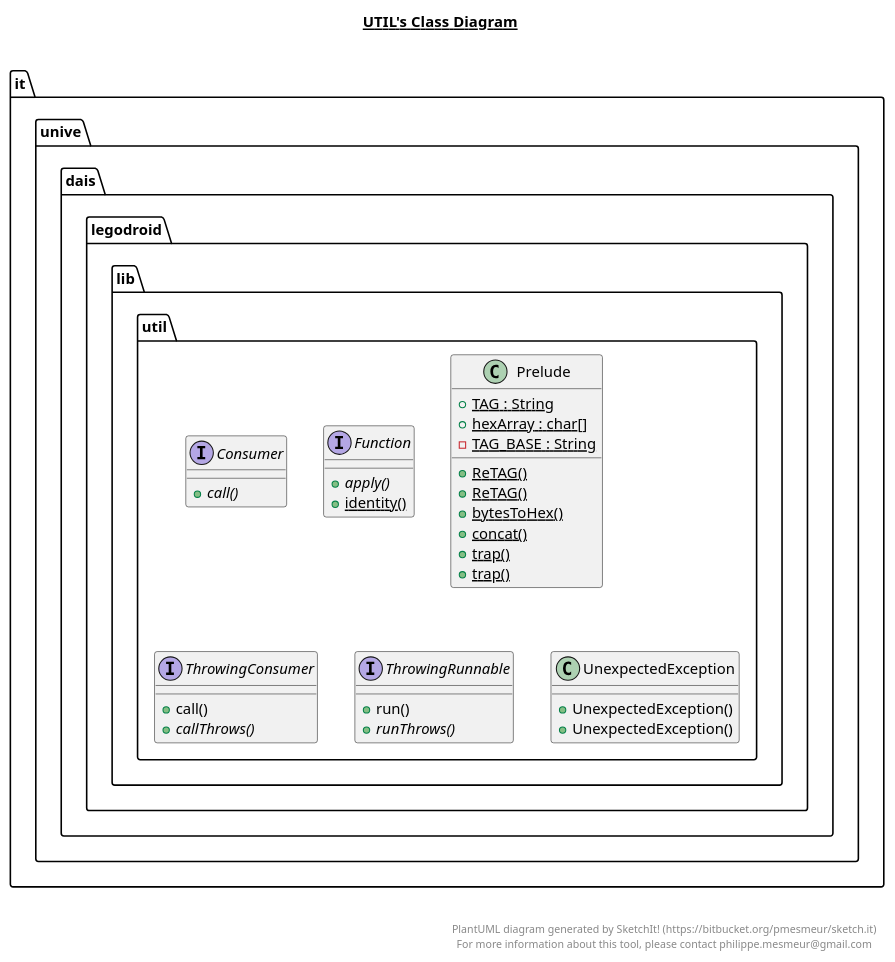
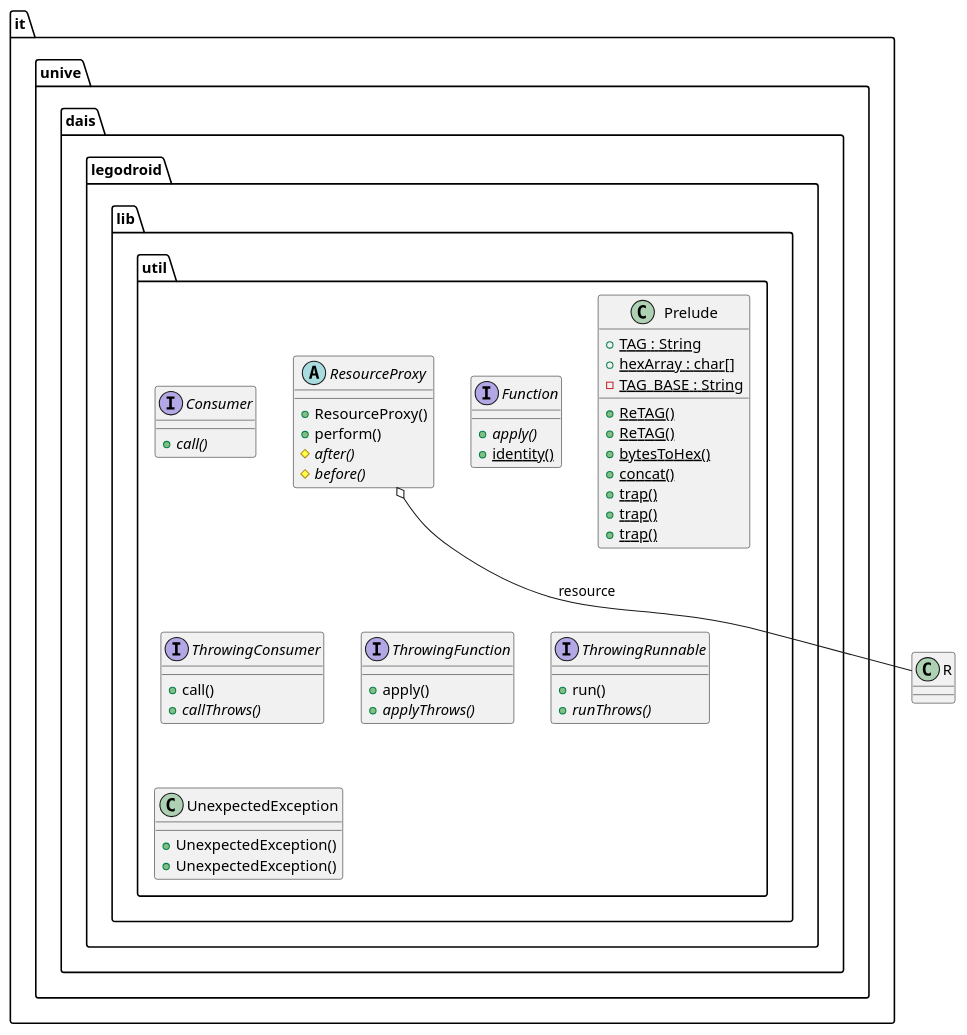
One commit to alvisespano/Legodroid changed the diagram in lib/src/main/java/it/unive/dais/legodroid/lib/util/util.plantuml. Above: the diagram before and after it, drawn with PlantUML. The commit also changed 4 other files, not shown here.

Commit message:
More trap() overloads and ResourceProxy

```diff
--- a/lib/src/main/java/it/unive/dais/legodroid/lib/util/util.plantuml
+++ b/lib/src/main/java/it/unive/dais/legodroid/lib/util/util.plantuml
@@ -1,92 +1,113 @@
 @startuml
 
-title __UTIL's Class Diagram__\n
+'title __UTIL's Class Diagram__\n
 
   namespace it.unive.dais.legodroid {
     namespace lib {
       namespace util {
         interface it.unive.dais.legodroid.lib.util.Consumer {
             {abstract} + call()
         }
       }
     }
   }
   
 
   namespace it.unive.dais.legodroid {
     namespace lib {
       namespace util {
         interface it.unive.dais.legodroid.lib.util.Function {
             {abstract} + apply()
             {static} + identity()
         }
       }
     }
   }
   
 
   namespace it.unive.dais.legodroid {
     namespace lib {
       namespace util {
         class it.unive.dais.legodroid.lib.util.Prelude {
             {static} + TAG : String
             {static} + hexArray : char[]
             {static} - TAG_BASE : String
             {static} + ReTAG()
             {static} + ReTAG()
             {static} + bytesToHex()
             {static} + concat()
             {static} + trap()
             {static} + trap()
+            {static} + trap()
+        }
+      }
+    }
+  }
+  
+
+  namespace it.unive.dais.legodroid {
+    namespace lib {
+      namespace util {
+        abstract class it.unive.dais.legodroid.lib.util.ResourceProxy {
+            + ResourceProxy()
+            + perform()
+            {abstract} # after()
+            {abstract} # before()
         }
       }
     }
   }
   
 
   namespace it.unive.dais.legodroid {
     namespace lib {
       namespace util {
         interface it.unive.dais.legodroid.lib.util.ThrowingConsumer {
             + call()
             {abstract} + callThrows()
+        }
+      }
+    }
+  }
+  
+
+  namespace it.unive.dais.legodroid {
+    namespace lib {
+      namespace util {
+        interface it.unive.dais.legodroid.lib.util.ThrowingFunction {
+            + apply()
+            {abstract} + applyThrows()
         }
       }
     }
   }
   
 
   namespace it.unive.dais.legodroid {
     namespace lib {
       namespace util {
         interface it.unive.dais.legodroid.lib.util.ThrowingRunnable {
             + run()
             {abstract} + runThrows()
         }
       }
     }
   }
   
 
   namespace it.unive.dais.legodroid {
     namespace lib {
       namespace util {
         class it.unive.dais.legodroid.lib.util.UnexpectedException {
             + UnexpectedException()
             + UnexpectedException()
         }
       }
     }
   }
   
 
+  it.unive.dais.legodroid.lib.util.ResourceProxy o-- R : resource
 
 
-right footer
-
-
-PlantUML diagram generated by SketchIt! (https://bitbucket.org/pmesmeur/sketch.it)
-For more information about this tool, please contact philippe.mesmeur@gmail.com
-endfooter
-
 @enduml
```
